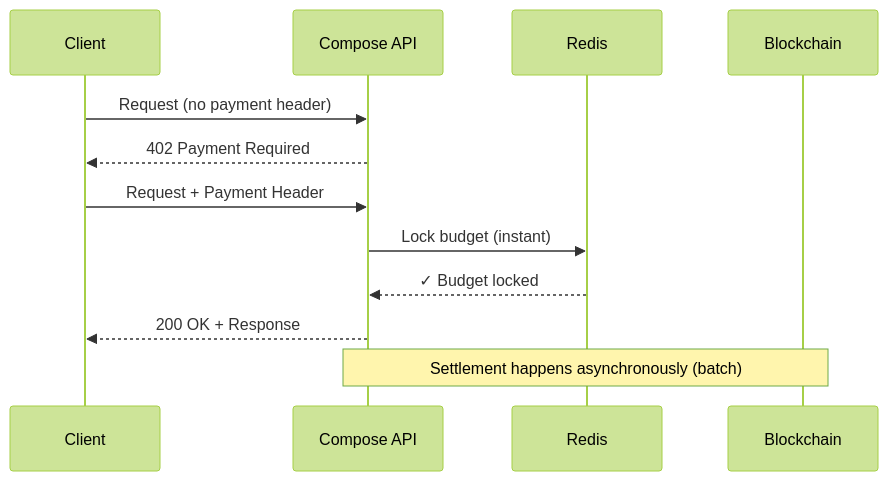
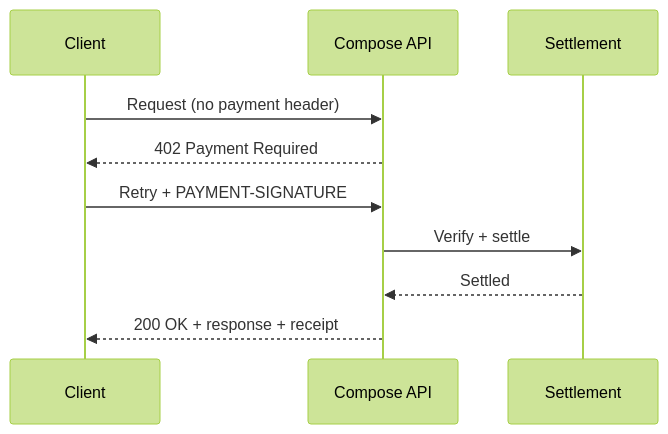
Before and after one commit to compose-market/docs: the diagram in concepts/payments.mdx, drawn with Mermaid (forest theme). The commit also changed other lines of this file and 57 other files, not shown here.

````diff
--- a/concepts/payments.mdx
+++ b/concepts/payments.mdx
@@ -10,15 +10,13 @@
 ```mermaid
 sequenceDiagram
     participant Client
     participant API as Compose API
-    participant Redis
-    participant Chain as Blockchain
+    participant Settle as Settlement
 
     Client->>API: Request (no payment header)
     API-->>Client: 402 Payment Required
-    Client->>API: Request + Payment Header
-    API->>Redis: Lock budget (instant)
-    Redis-->>API: ✓ Budget locked
-    API-->>Client: 200 OK + Response
-    Note over API,Chain: Settlement happens asynchronously (batch)
+    Client->>API: Retry + PAYMENT-SIGNATURE
+    API->>Settle: Verify + settle
+    Settle-->>API: Settled
+    API-->>Client: 200 OK + response + receipt
 ```
````
